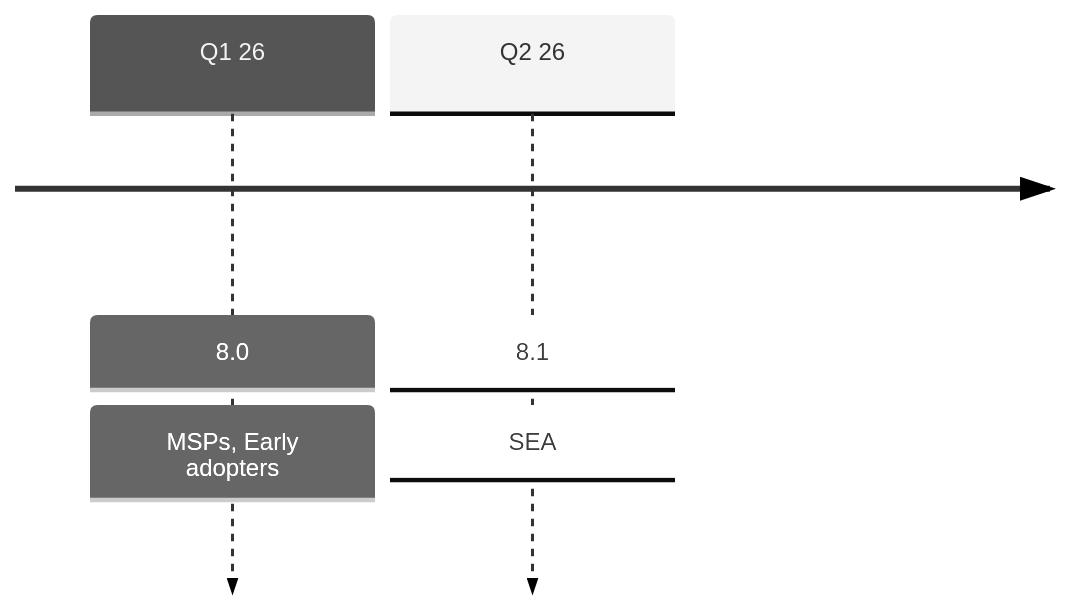
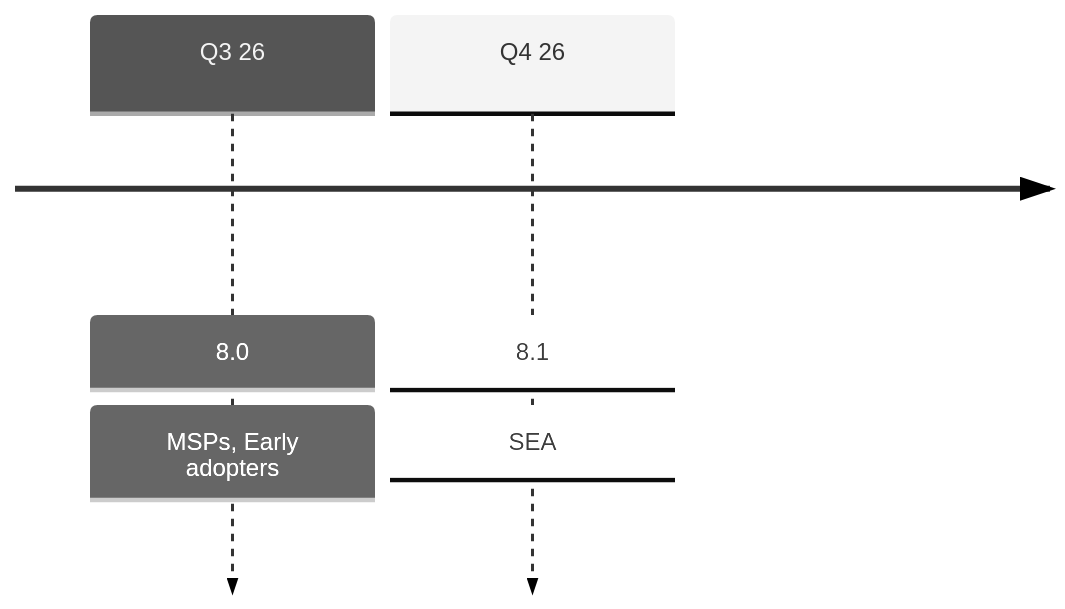
The first of 3 diagrams in docs/reference/0-roadmap/api-faq.md (Ed-Fi-Alliance-OSS/ed-fi-alliance-oss.github.io), drawn with Mermaid before and after one commit. The commit also changed other lines of this file, not shown here.

````diff
--- a/docs/reference/0-roadmap/api-faq.md
+++ b/docs/reference/0-roadmap/api-faq.md
@@ -130,8 +167,8 @@
 ```mermaid
 %%{init: { 'theme': 'neutral' } }%%
 timeline
-    Q1 26 : 8.0
+    Q3 26 : 8.0
          : MSPs, Early adopters
-    Q2 26 : 8.1
+    Q4 26 : 8.1
          : SEA
 ```
````
